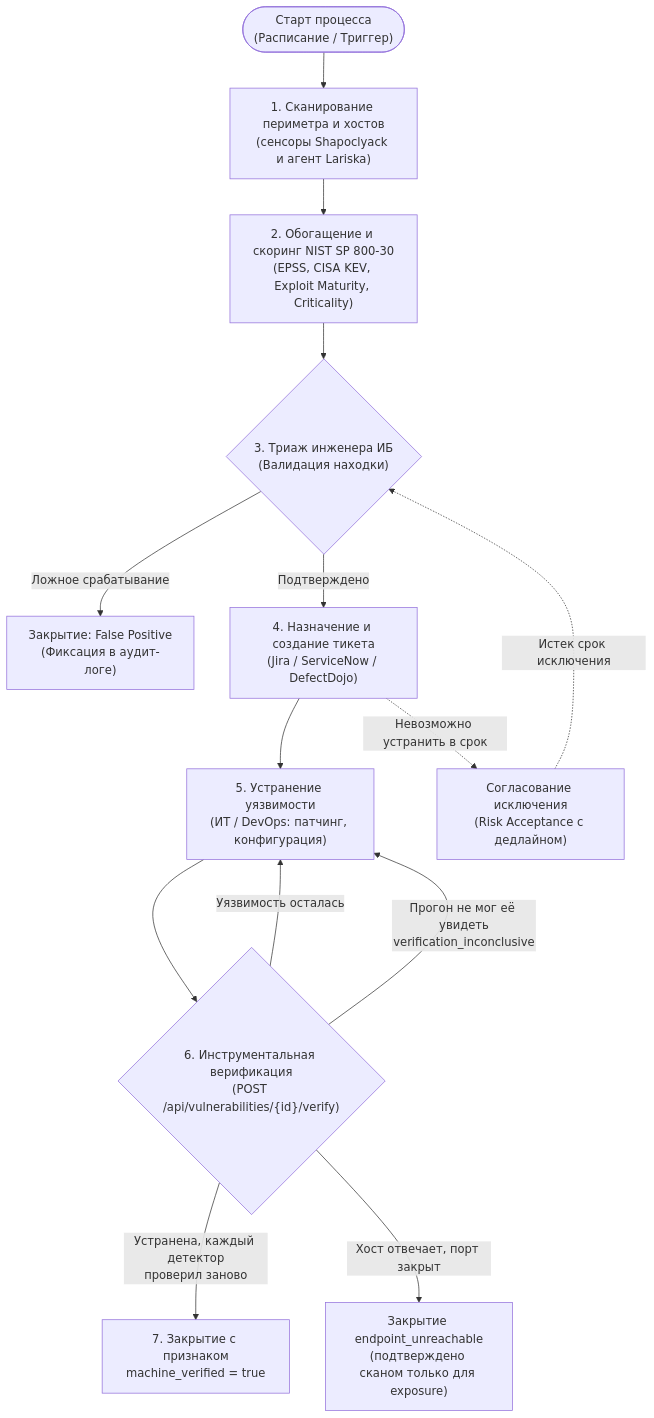
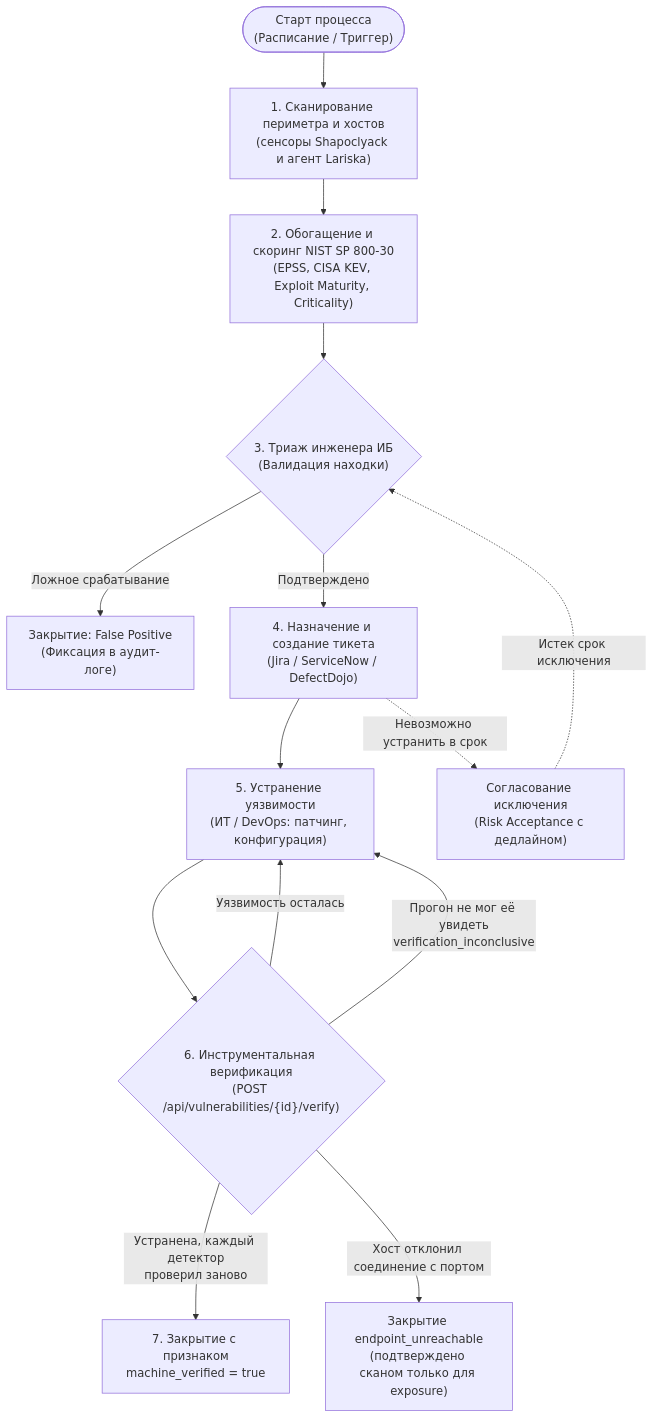
Before and after one commit to onixus/Shapoclyack: the first of 3 diagrams in docs/wiki/security-processes.md, drawn with Mermaid. The commit also changed 6 other files, not shown here.

First line of the commit message:
docs: endpoint_unreachable rests on a refusal, from the same vantage

````diff
--- a/docs/wiki/security-processes.md
+++ b/docs/wiki/security-processes.md
@@ -15,20 +15,20 @@
 ```mermaid
 flowchart TD
     Start(["Старт процесса<br/>(Расписание / Триггер)"]) --> Scan["1. Сканирование периметра и хостов<br/>(сенсоры Shapoclyack и агент Lariska)"]
     Scan --> Enrich["2. Обогащение и скоринг NIST SP 800-30<br/>(EPSS, CISA KEV, Exploit Maturity, Criticality)"]
     Enrich --> Triage{"3. Триаж инженера ИБ<br/>(Валидация находки)"}
     
     Triage -->|Ложное срабатывание| FP["Закрытие: False Positive<br/>(Фиксация в аудит-логе)"]
     Triage -->|Подтверждено| Ticket["4. Назначение и создание тикета<br/>(Jira / ServiceNow / DefectDojo)"]
     
     Ticket --> Fix["5. Устранение уязвимости<br/>(ИТ / DevOps: патчинг, конфигурация)"]
     Fix --> Verify{"6. Инструментальная верификация<br/>(POST /api/vulnerabilities/{id}/verify)"}
     
     Verify -->|Уязвимость осталась| Fix
     Verify -->|Прогон не мог её увидеть<br/>verification_inconclusive| Fix
     Verify -->|Устранена, каждый детектор<br/>проверил заново| Close["7. Закрытие с признаком<br/>machine_verified = true"]
-    Verify -->|Хост отвечает, порт закрыт| Unreach["Закрытие endpoint_unreachable<br/>(подтверждено сканом только для exposure)"]
+    Verify -->|Хост отклонил соединение с портом| Unreach["Закрытие endpoint_unreachable<br/>(подтверждено сканом только для exposure)"]
     
     Ticket -.->|Невозможно устранить в срок| Except["Согласование исключения<br/>(Risk Acceptance с дедлайном)"]
     Except -.->|Истек срок исключения| Triage
 ```
````
